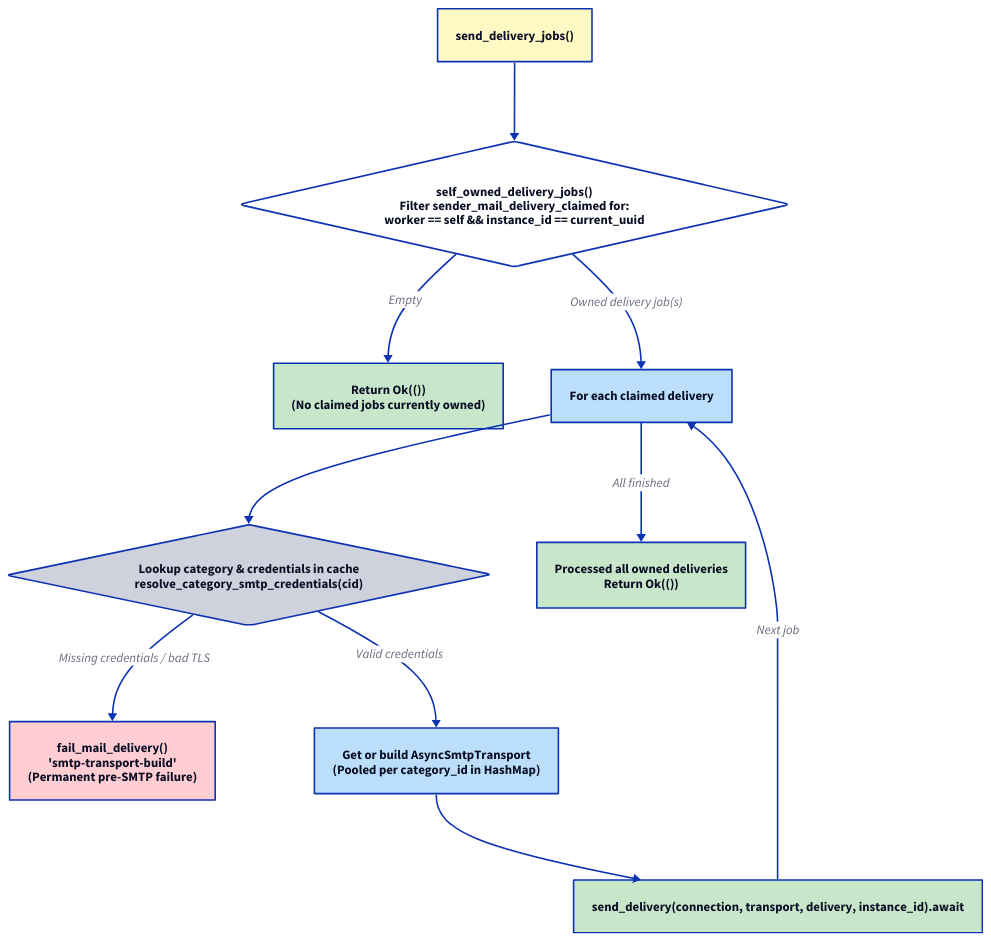
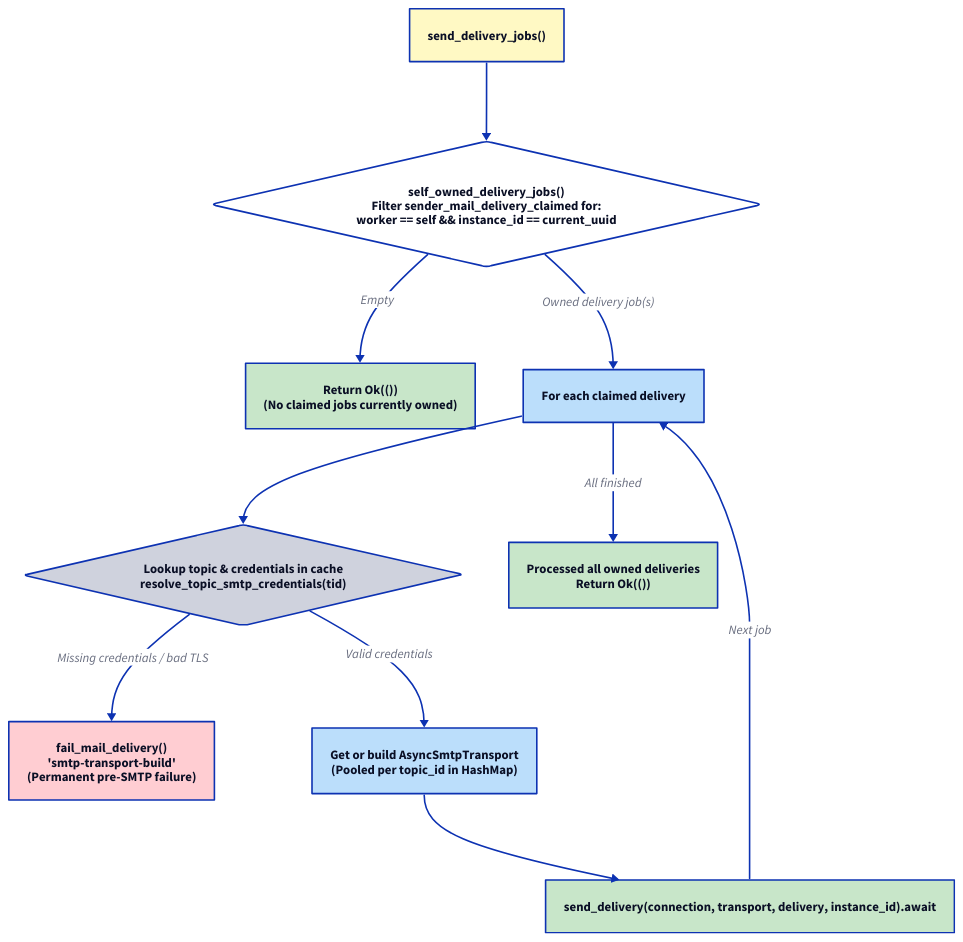
One commit to enaut/kommunikationszentrum changed the diagram in docs/src/core/sender/control-flow-delivery-jobs.d2. Above: the diagram before and after it, drawn with D2. The commit also changed 217 other files, not shown here.

```diff
--- a/docs/src/core/sender/control-flow-delivery-jobs.d2
+++ b/docs/src/core/sender/control-flow-delivery-jobs.d2
@@ -1,28 +1,28 @@
 direction: down
 
 entry: "send_delivery_jobs()" { style.fill: "#fff9c4" }
 owned: "self_owned_delivery_jobs()\nFilter sender_mail_delivery_claimed for:\nworker == self && instance_id == current_uuid" {
   shape: diamond
   style.fill: "#ffffff"
 }
 ret_none: "Return Ok(())\n(No claimed jobs currently owned)" { style.fill: "#c8e6c9" }
 
 loop_: "For each claimed delivery" { style.fill: "#bbdefb" }
-cat_check: "Lookup category & credentials in cache\nresolve_category_smtp_credentials(cid)" { shape: diamond }
+topic_check: "Lookup topic & credentials in cache\nresolve_topic_smtp_credentials(tid)" { shape: diamond }
 
 pre_fail: "fail_mail_delivery()\n'smtp-transport-build'\n(Permanent pre-SMTP failure)" { style.fill: "#ffcdd2" }
-cached: "Get or build AsyncSmtpTransport\n(Pooled per category_id in HashMap)" { style.fill: "#bbdefb" }
+cached: "Get or build AsyncSmtpTransport\n(Pooled per topic_id in HashMap)" { style.fill: "#bbdefb" }
 
 send: "send_delivery(connection, transport, delivery, instance_id).await" { style.fill: "#c8e6c9" }
 done: "Processed all owned deliveries\nReturn Ok(())" { style.fill: "#c8e6c9" }
 
 entry -> owned
 owned -> ret_none: "Empty"
 owned -> loop_: "Owned delivery job(s)"
 
-loop_ -> cat_check
-cat_check -> pre_fail: "Missing credentials / bad TLS"
-cat_check -> cached: "Valid credentials"
+loop_ -> topic_check
+topic_check -> pre_fail: "Missing credentials / bad TLS"
+topic_check -> cached: "Valid credentials"
 cached -> send
 send -> loop_: "Next job"
 loop_ -> done: "All finished"
```
